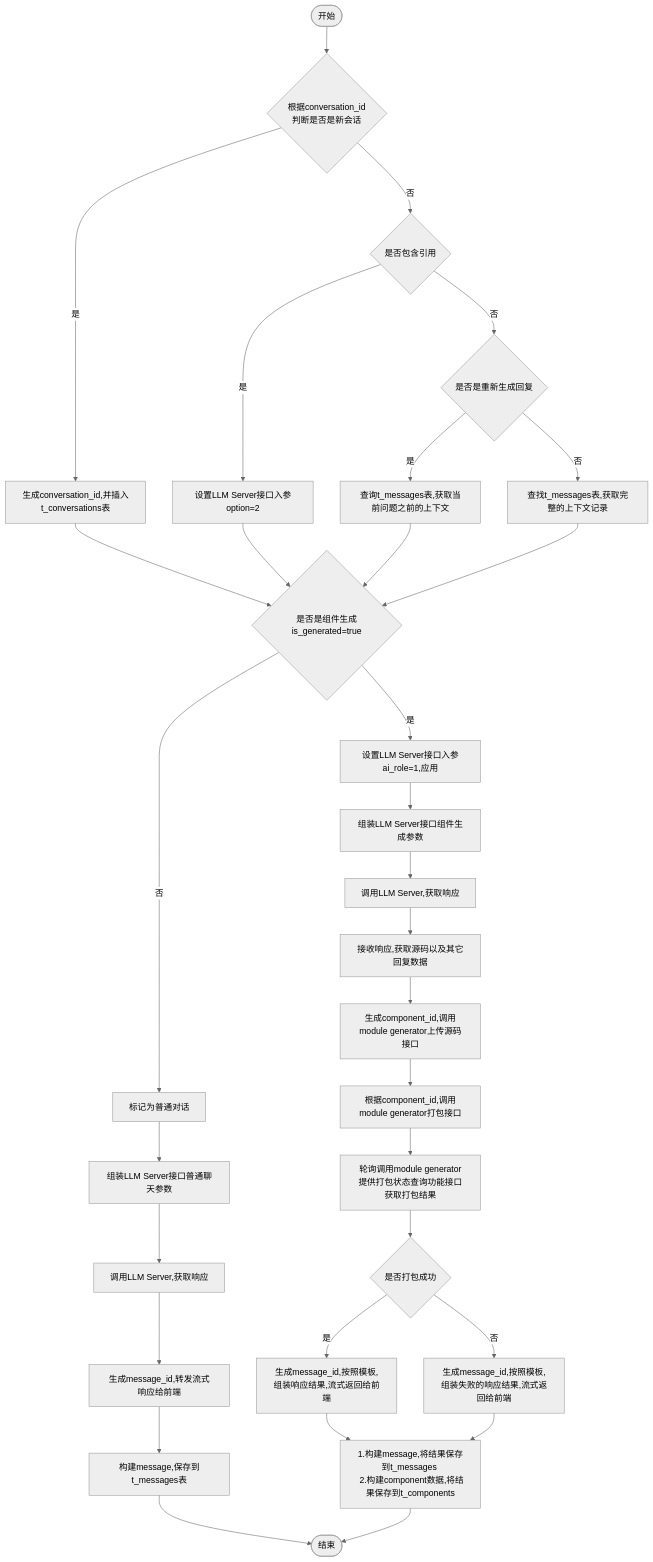
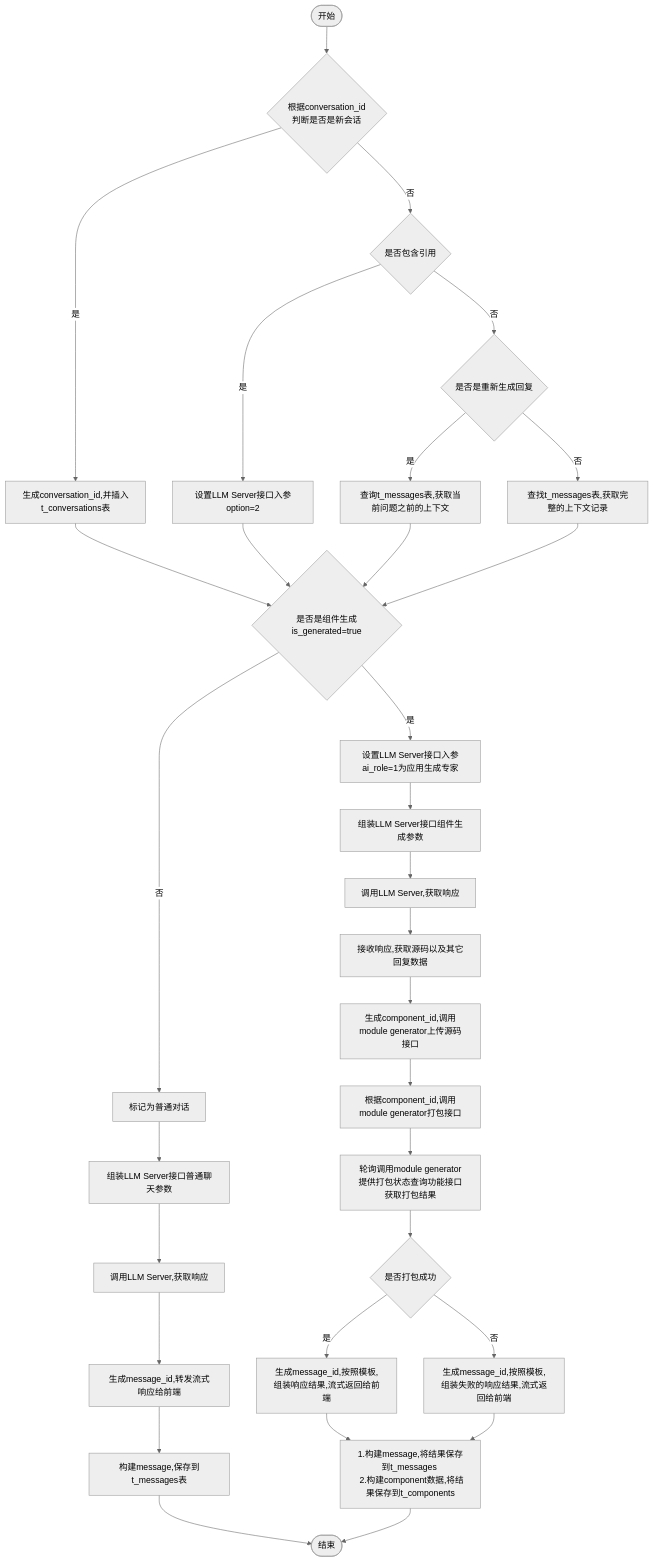
One commit to yingjianzh/iodraw-files changed the diagram in all/w3-会话-不需要传递message.md. Above: the diagram before and after it, drawn with Mermaid (neutral theme).

Commit message:
2024-10-14 11:08:29 update

````diff
--- a/all/w3-会话-不需要传递message.md
+++ b/all/w3-会话-不需要传递message.md
@@ -1,35 +1,35 @@
 ```mermaid
 flowchart TD
     A([开始]) --> B{根据conversation_id \n 判断是否是新会话}
     B -- 是 --> C[生成conversation_id,并插入t_conversations表]
     B -- 否 --> D{是否包含引用}
     D -- 是 --> E[设置LLM Server接口入参option=2]
     D -- 否 --> F{是否是重新生成回复}
     F -- 是 --> G[查询t_messages表,获取当前问题之前的上下文]
     F -- 否 --> H[查找t_messages表,获取完整的上下文记录]
      
     C & E & G & H --> I{是否是组件生成is_generated=true}
-    I -- 是 --> J[设置LLM Server接口入参ai_role=1,应用]
+    I -- 是 --> J[设置LLM Server接口入参ai_role=1为应用生成专家]
     I -- 否 --> K[标记为普通对话]
 
 
     J --> L[组装LLM Server接口组件生成参数]    
     K --> M[组装LLM Server接口普通聊天参数]    
     M --> N[调用LLM Server,获取响应]    
     N --> O[生成message_id,转发流式响应给前端]
     O --> P[构建message,保存到t_messages表]
     P --> R([结束])
 
 
     L --> S[调用LLM Server,获取响应]
     S --> T[接收响应,获取源码以及其它回复数据]
     T --> U[生成component_id,调用module generator上传源码接口]
     U --> V[根据component_id,调用module generator打包接口]
     V --> W[轮询调用module generator提供打包状态查询功能接口获取打包结果]
     W --> X{是否打包成功}
     X -- 是 --> Y[生成message_id,按照模板,组装响应结果,流式返回给前端]
     X -- 否 --> Z[生成message_id,按照模板,组装失败的响应结果,流式返回给前端]
 
     Y & Z --> Result[1.构建message,将结果保存到t_messages \n 2.构建component数据,将结果保存到t_components]
     Result --> R
 ```
````
